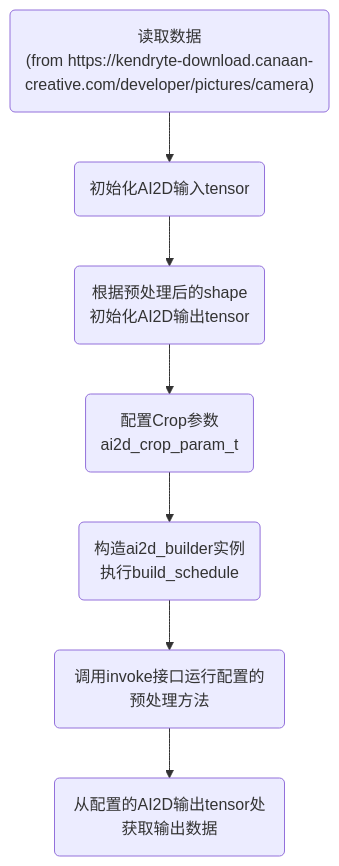
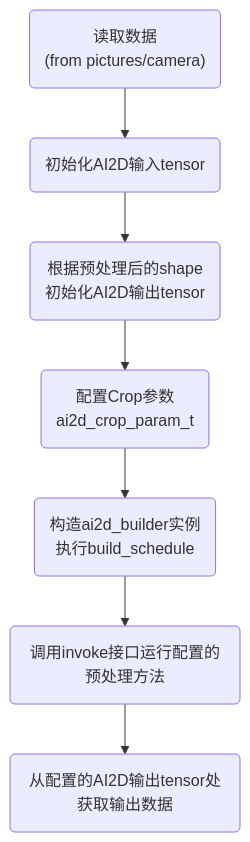
The second of 5 diagrams in zh/app_develop_guide/ai/ai2d.md (kendryte/k230_rtos_docs), drawn with Mermaid before and after one commit. The commit also changed other lines of this file, not shown here.

```diff
--- a/zh/app_develop_guide/ai/ai2d.md
+++ b/zh/app_develop_guide/ai/ai2d.md
@@ -116,4 +116,4 @@
 <div class="mermaid">
 graph TD;
-    ReadData("读取数据<br>(from https://kendryte-download.canaan-creative.com/developer/pictures/camera)") -->SetInput("初始化AI2D输入tensor")-->SetOutput("根据预处理后的shape<br>初始化AI2D输出tensor")-->SetParam("配置Crop参数<br>ai2d_crop_param_t")-->InitBuilder("构造ai2d_builder实例<br>执行build_schedule")-->Run("调用invoke接口运行配置的预处理方法")-->GetOutput("从配置的AI2D输出tensor处获取输出数据");
+    ReadData("读取数据<br>(from pictures/camera)") -->SetInput("初始化AI2D输入tensor")-->SetOutput("根据预处理后的shape<br>初始化AI2D输出tensor")-->SetParam("配置Crop参数<br>ai2d_crop_param_t")-->InitBuilder("构造ai2d_builder实例<br>执行build_schedule")-->Run("调用invoke接口运行配置的预处理方法")-->GetOutput("从配置的AI2D输出tensor处获取输出数据");
 </div>
```
